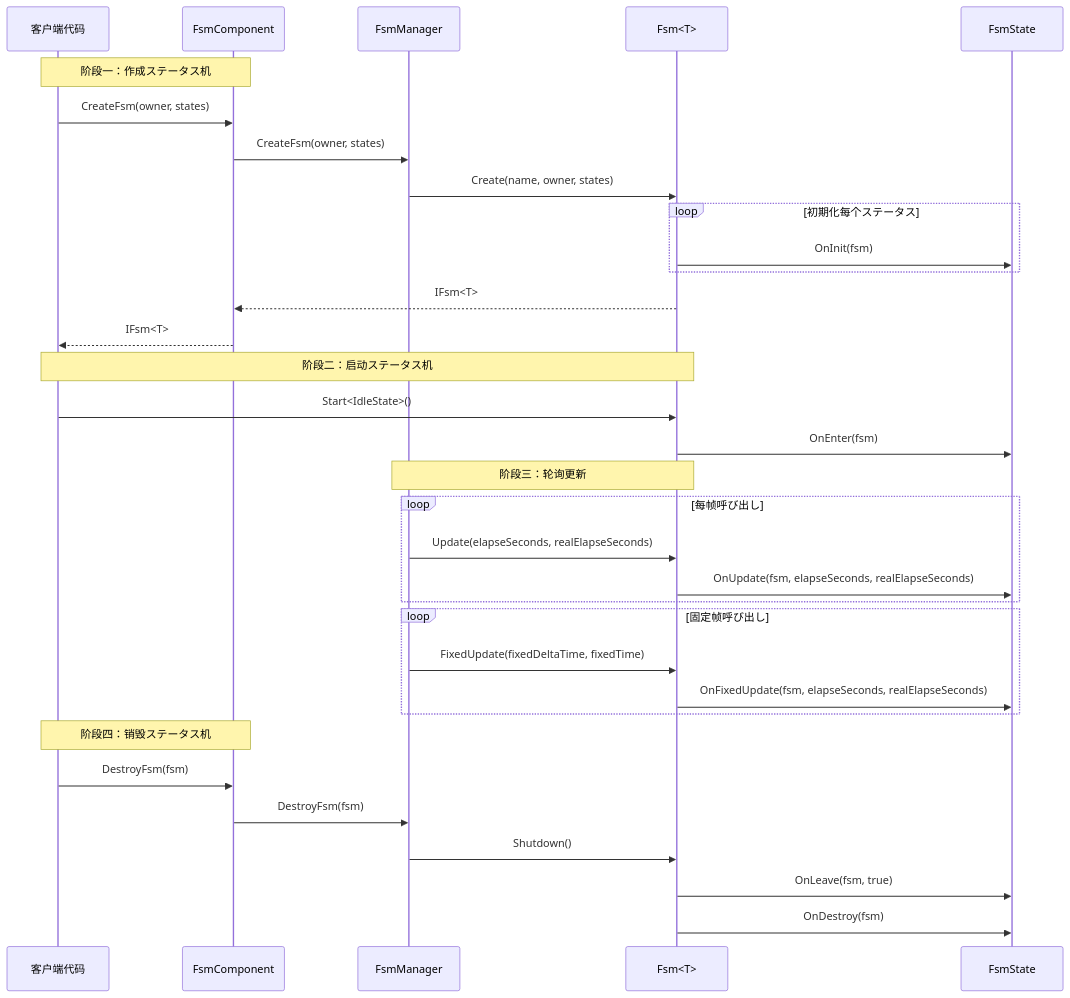
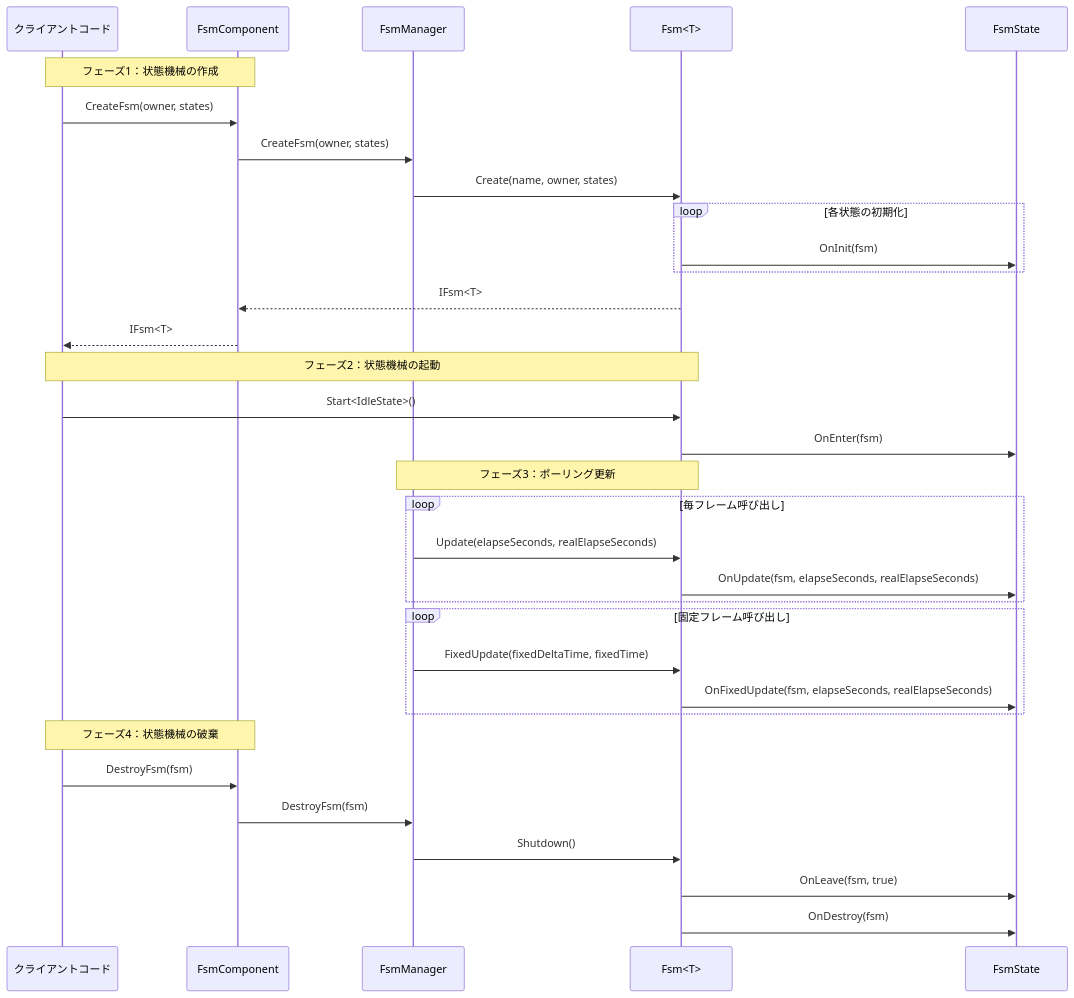
The fourth of 4 diagrams in docs/ja/client/unity/component/fsm/01.overview.md (AlianBlank/GameFrameX.Docs), drawn with Mermaid before and after one commit. The commit also changed other lines of this file and 320 other files, not shown here.

````diff
--- a/docs/ja/client/unity/component/fsm/01.overview.md
+++ b/docs/ja/client/unity/component/fsm/01.overview.md
@@ -246,39 +246,39 @@
 ```mermaid
 sequenceDiagram
-    participant Client as 客户端代码
+    participant Client as クライアントコード
     participant FsmComponent as FsmComponent
     participant FsmManager as FsmManager
     participant Fsm as Fsm<T>
     participant State as FsmState
 
-    Note over Client,FsmComponent: 阶段一：作成ステータス机
+    Note over Client,FsmComponent: フェーズ1：状態機械の作成
     Client->>FsmComponent: CreateFsm(owner, states)
     FsmComponent->>FsmManager: CreateFsm(owner, states)
     FsmManager->>Fsm: Create(name, owner, states)
-    loop 初期化每个ステータス
+    loop 各状態の初期化
         Fsm->>State: OnInit(fsm)
     end
     Fsm-->>FsmComponent: IFsm<T>
     FsmComponent-->>Client: IFsm<T>
 
-    Note over Client,Fsm: 阶段二：启动ステータス机
+    Note over Client,Fsm: フェーズ2：状態機械の起動
     Client->>Fsm: Start<IdleState>()
     Fsm->>State: OnEnter(fsm)
 
-    Note over FsmManager,Fsm: 阶段三：轮询更新
-    loop 每帧呼び出し
+    Note over FsmManager,Fsm: フェーズ3：ポーリング更新
+    loop 毎フレーム呼び出し
         FsmManager->>Fsm: Update(elapseSeconds, realElapseSeconds)
         Fsm->>State: OnUpdate(fsm, elapseSeconds, realElapseSeconds)
     end
-    loop 固定帧呼び出し
+    loop 固定フレーム呼び出し
         FsmManager->>Fsm: FixedUpdate(fixedDeltaTime, fixedTime)
         Fsm->>State: OnFixedUpdate(fsm, elapseSeconds, realElapseSeconds)
     end
 
-    Note over Client,FsmComponent: 阶段四：销毁ステータス机
+    Note over Client,FsmComponent: フェーズ4：状態機械の破棄
     Client->>FsmComponent: DestroyFsm(fsm)
     FsmComponent->>FsmManager: DestroyFsm(fsm)
     FsmManager->>Fsm: Shutdown()
     Fsm->>State: OnLeave(fsm, true)
     Fsm->>State: OnDestroy(fsm)
 ```
````
